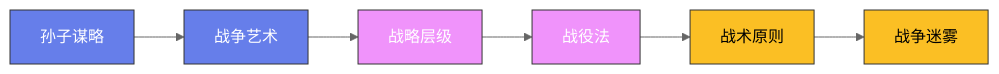
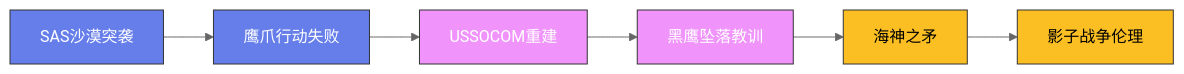
One commit to Fengur/Fengur.github.io changed the diagram in content/posts/ModelCreate/军事史/15-特种作战.md. Above: the diagram before and after it, drawn with Mermaid (neutral theme). The commit also changed 28 other files, not shown here.

````diff
--- a/content/posts/ModelCreate/军事史/15-特种作战.md
+++ b/content/posts/ModelCreate/军事史/15-特种作战.md
@@ -37,16 +37,16 @@
 ```mermaid
 graph LR
-    A["孙子谋略"] --> B["战争艺术"]
-    B --> C["战略层级"]
-    C --> D["战役法"]
-    D --> E["战术原则"]
-    E --> F["战争迷雾"]
+    A["SAS沙漠突袭"] --> B["鹰爪行动失败"]
+    B --> C["USSOCOM重建"]
+    C --> D["黑鹰坠落教训"]
+    D --> E["海神之矛"]
+    E --> F["影子战争伦理"]
 
     classDef early fill:#667eea,stroke:#333,color:white
     classDef mid fill:#f093fb,stroke:#333,color:white
     classDef modern fill:#fbbf24,stroke:#333,color:black
 
     class A,B early
     class C,D mid
     class E,F modern
 ```
````
